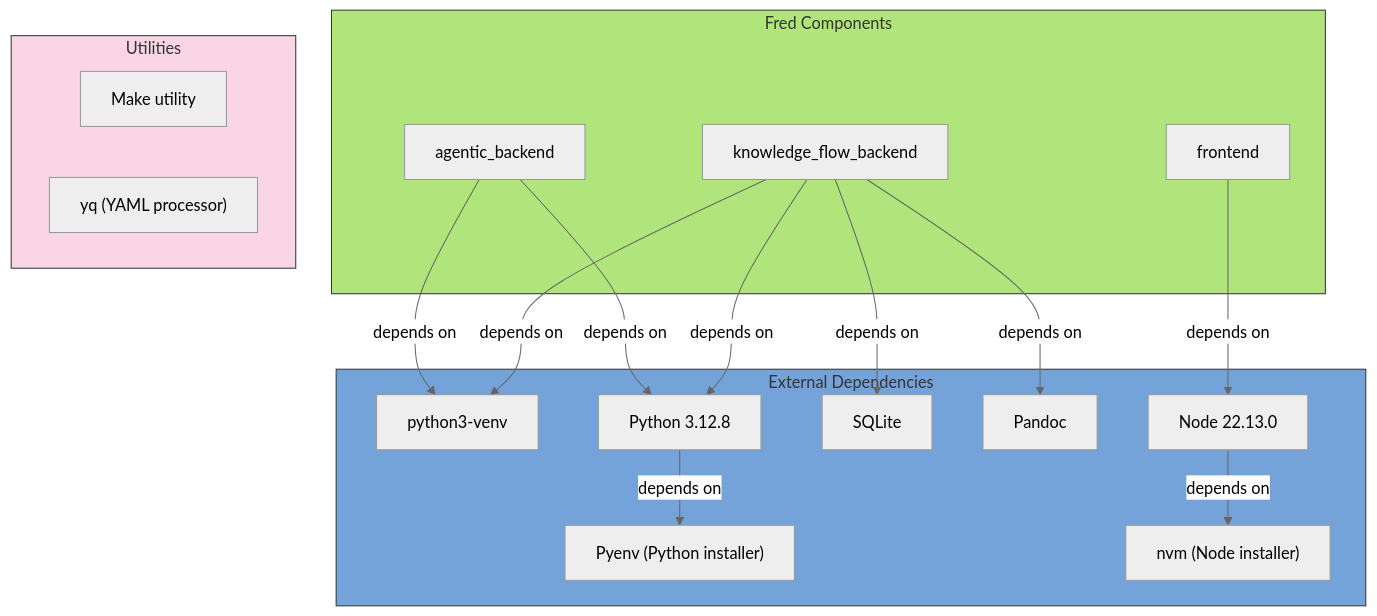
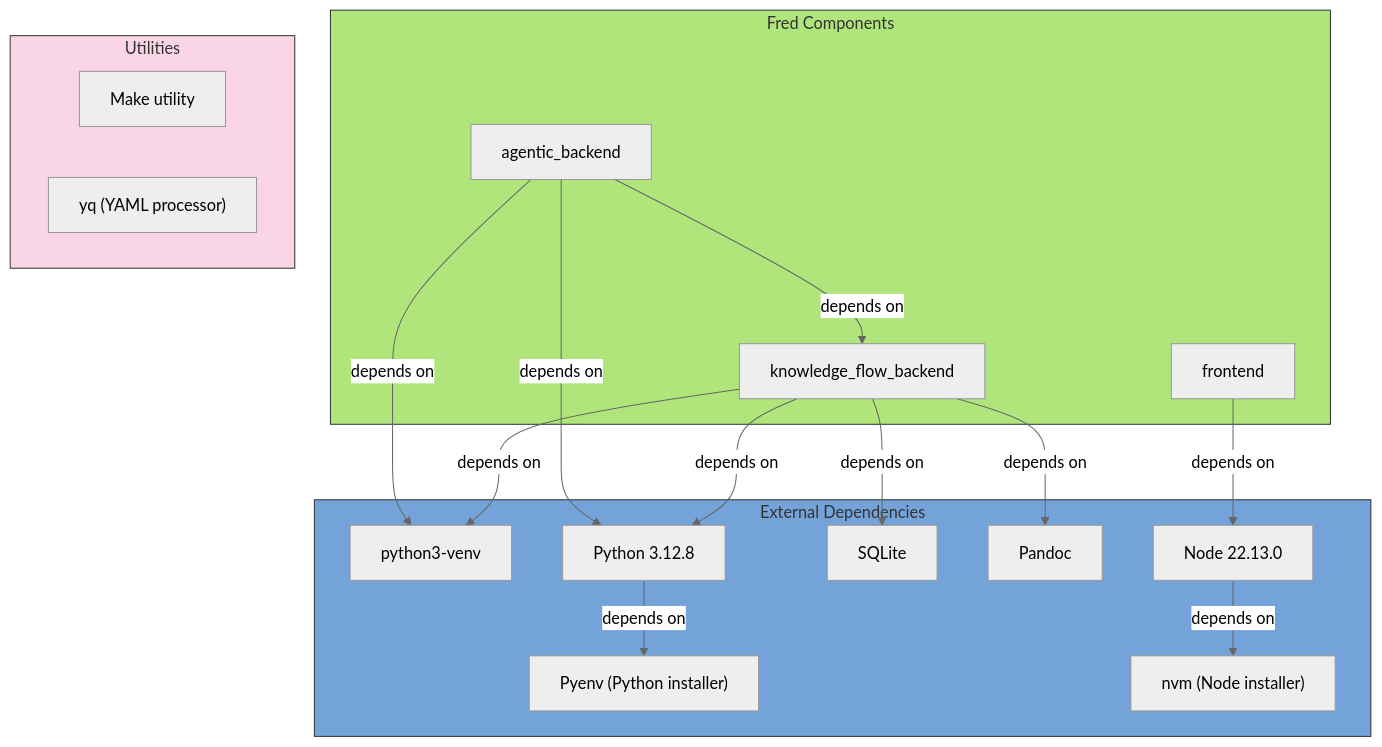
One commit to ThalesGroup/fred changed the diagram in README.md. Above: the diagram before and after it, drawn with Mermaid (neutral theme).

Commit message:
impr: Add the Agentic backend dependency to Knowledge Flow backend

````diff
--- a/README.md
+++ b/README.md
@@ -69,41 +69,42 @@
   ```mermaid
   graph TD
       subgraph FredComponents["Fred Components"]
         style FredComponents fill:#b0e57c,stroke:#333,stroke-width:2px  %% Green Color
           Agentic["agentic_backend"]
           Knowledge["knowledge_flow_backend"]
           Frontend["frontend"]
       end
 
       subgraph ExternalDependencies["External Dependencies"]
         style ExternalDependencies fill:#74a3d9,stroke:#333,stroke-width:2px  %% Blue Color
           Venv["python3-venv"]
           Python["Python 3.12.8"]
           SQLite["SQLite"]
           Pandoc["Pandoc"]
           Pyenv["Pyenv (Python installer)"]
           Node["Node 22.13.0"]
           NVM["nvm (Node installer)"]
       end
 
       subgraph Utilities["Utilities"]
         style Utilities fill:#f9d5e5,stroke:#333,stroke-width:2px  %% Pink Color
           Make["Make utility"]
           Yq["yq (YAML processor)"]
       end
 
       Agentic -->|depends on| Python
+      Agentic -->|depends on| Knowledge
       Agentic -->|depends on| Venv
 
       Knowledge -->|depends on| Python
       Knowledge -->|depends on| Venv
       Knowledge -->|depends on| Pandoc
       Knowledge -->|depends on| SQLite
 
       Frontend -->|depends on| Node
 
       Python -->|depends on| Pyenv
 
       Node -->|depends on| NVM
 
   ```
````
